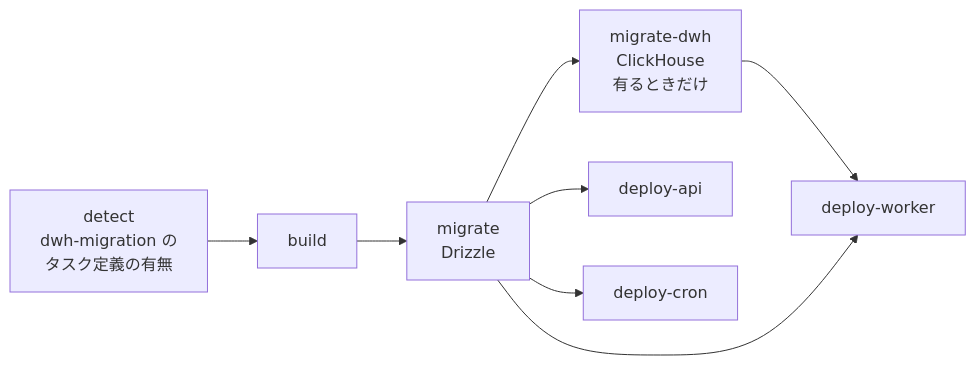
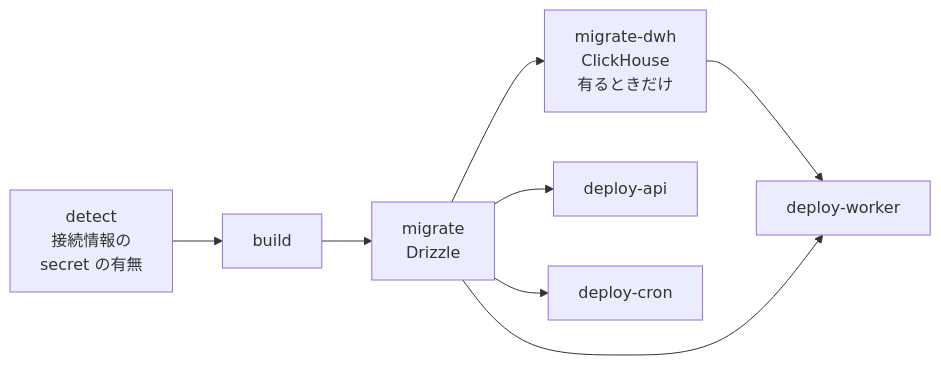
The third of 5 diagrams in docs/spec/clickhouse-migration/README.md (kentakki416/project-template), drawn with Mermaid before and after one commit. The commit also changed other lines of this file and 2 other files, not shown here.

First line of the commit message:
docs(clickhouse-migration): deploy の判定を ClickHouse の接続情報の secret の有無に変える

````diff
--- a/docs/spec/clickhouse-migration/README.md
+++ b/docs/spec/clickhouse-migration/README.md
@@ -324,10 +326,10 @@
 ```mermaid
 flowchart LR
-    D[detect<br/>dwh-migration の<br/>タスク定義の有無] --> B[build]
+    D[detect<br/>接続情報の<br/>secret の有無] --> B[build]
     B --> M[migrate<br/>Drizzle]
     M --> MD[migrate-dwh<br/>ClickHouse<br/>有るときだけ]
     M --> A[deploy-api]
     MD --> W[deploy-worker]
     M --> W
     M --> C[deploy-cron]
 ```
````
